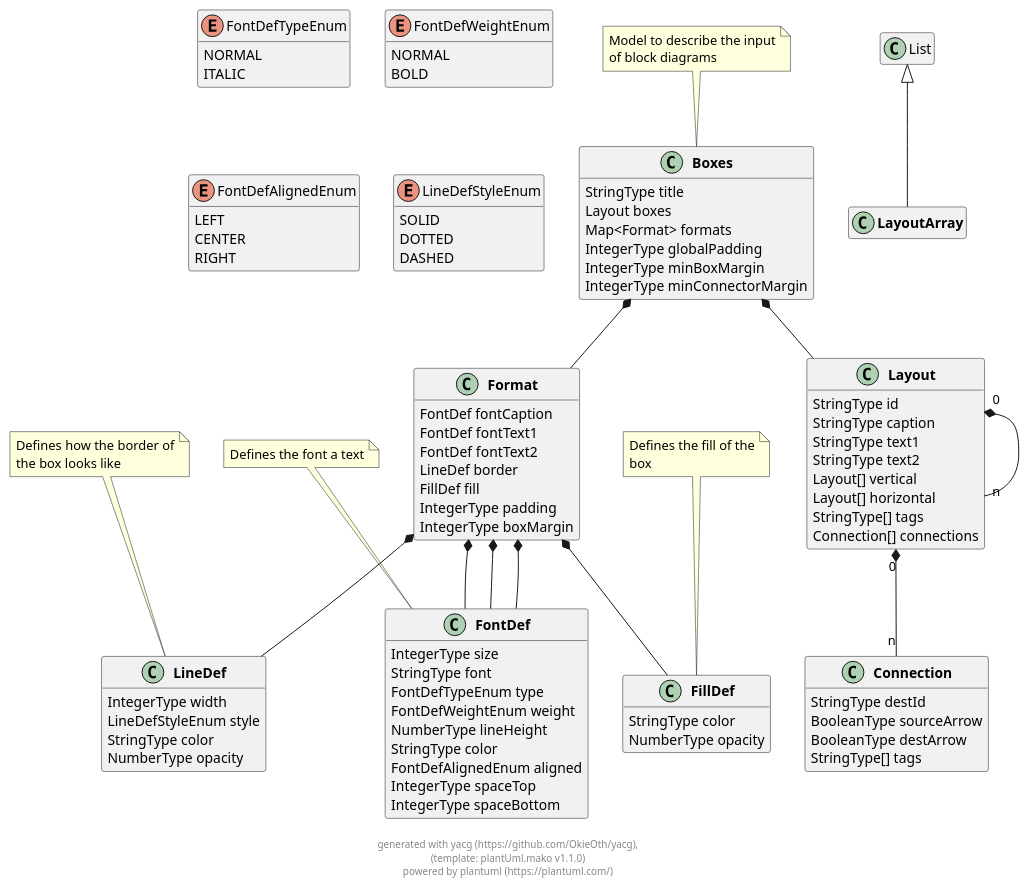
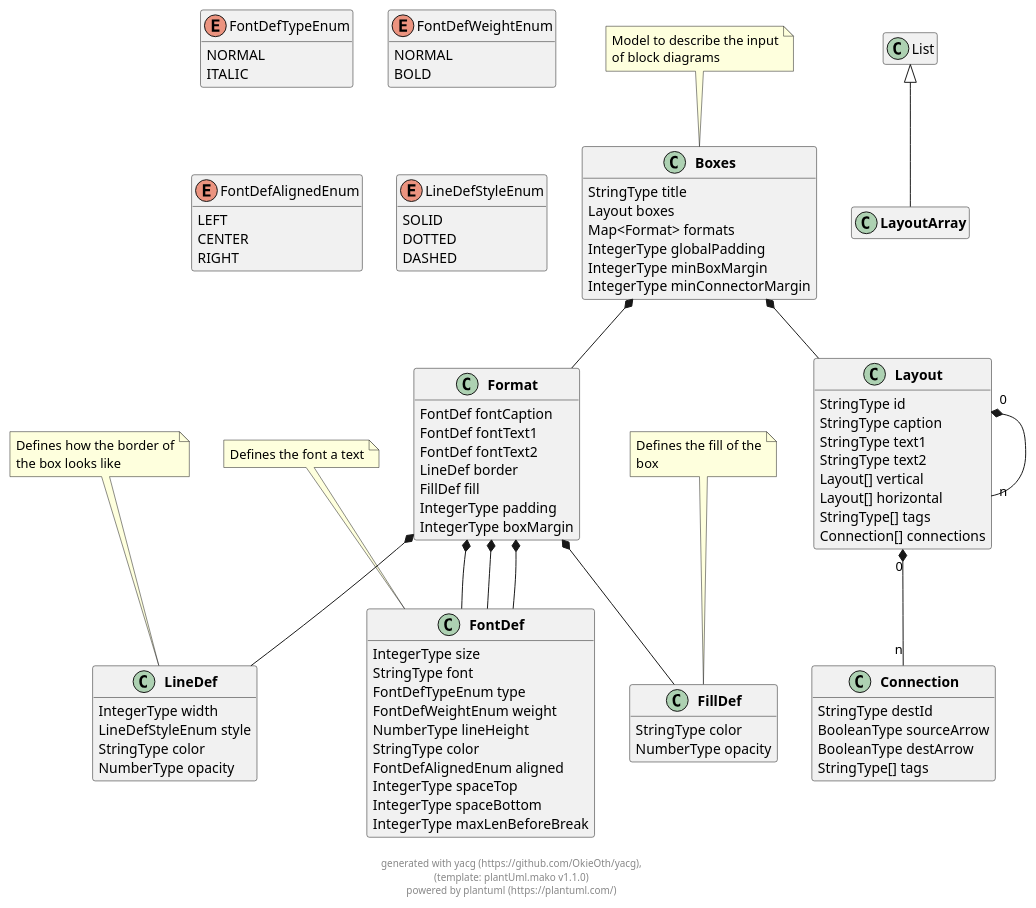
Before and after one commit to OkieOth/draw.chart.things: the diagram in docs/models/puml/boxes.puml, drawn with PlantUML. The commit also changed 9 other files, not shown here.

```diff
--- a/docs/models/puml/boxes.puml
+++ b/docs/models/puml/boxes.puml
@@ -2,176 +2,178 @@
 @startuml
 hide empty methods
 hide empty fields
 
 
 class "**Boxes**" as Boxes {
         StringType title
         Layout boxes
         Map<Format> formats
         IntegerType globalPadding
         IntegerType minBoxMargin
         IntegerType minConnectorMargin
 }
 note top: Model to describe the input\nof block diagrams
 
  
 
 class "**Layout**" as Layout {
         StringType id
         StringType caption
         StringType text1
         StringType text2
         Layout[] vertical
         Layout[] horizontal
         StringType[] tags
         Connection[] connections
 }
 
  
 
 
 class "**Format**" as Format {
         FontDef fontCaption
         FontDef fontText1
         FontDef fontText2
         LineDef border
         FillDef fill
         IntegerType padding
         IntegerType boxMargin
 }
 
  
 
 class "**LayoutArray**" as LayoutArray extends List {
 }
 
 class "**Connection**" as Connection {
         StringType destId
         BooleanType sourceArrow
         BooleanType destArrow
         StringType[] tags
 }
 
  
 
 class "**FontDef**" as FontDef {
         IntegerType size
         StringType font
         FontDefTypeEnum type
         FontDefWeightEnum weight
         NumberType lineHeight
         StringType color
         FontDefAlignedEnum aligned
         IntegerType spaceTop
         IntegerType spaceBottom
+        IntegerType maxLenBeforeBreak
 }
 note top: Defines the font a text
 
  
 
 enum "FontDefTypeEnum" as FontDefTypeEnum {
     NORMAL
     ITALIC
 }
 
 enum "FontDefWeightEnum" as FontDefWeightEnum {
     NORMAL
     BOLD
 }
 
 enum "FontDefAlignedEnum" as FontDefAlignedEnum {
     LEFT
     CENTER
     RIGHT
 }
 
 class "**LineDef**" as LineDef {
         IntegerType width
         LineDefStyleEnum style
         StringType color
         NumberType opacity
 }
 note top: Defines how the border of\nthe box looks like
 
  
 
 enum "LineDefStyleEnum" as LineDefStyleEnum {
     SOLID
     DOTTED
     DASHED
 }
 
 class "**FillDef**" as FillDef {
         StringType color
         NumberType opacity
 }
 note top: Defines the fill of the\nbox
 
  
 
 
     
 
 Boxes  *--  Layout
 
 Boxes  *--  Format
 
 
 
 
     
 
 
 
 
 Layout "0" *-- "n" Layout
 
 
 
 Layout "0" *-- "n" Connection
 
     
     
 Format  *--  FontDef
 
 Format  *--  FontDef
 
 Format  *--  FontDef
 
 Format  *--  LineDef
 
 Format  *--  FillDef
 
 
 
     
     
 
 
 
 
     
 
 
 
 
 
 
 
 
 
+
     
     
     
     
 
 
 
 
     
     
 
 
 
 footer \ngenerated with yacg (https://github.com/OkieOth/yacg),\n(template: plantUml.mako v1.1.0)\npowered by plantuml (https://plantuml.com/)
 @enduml
```
